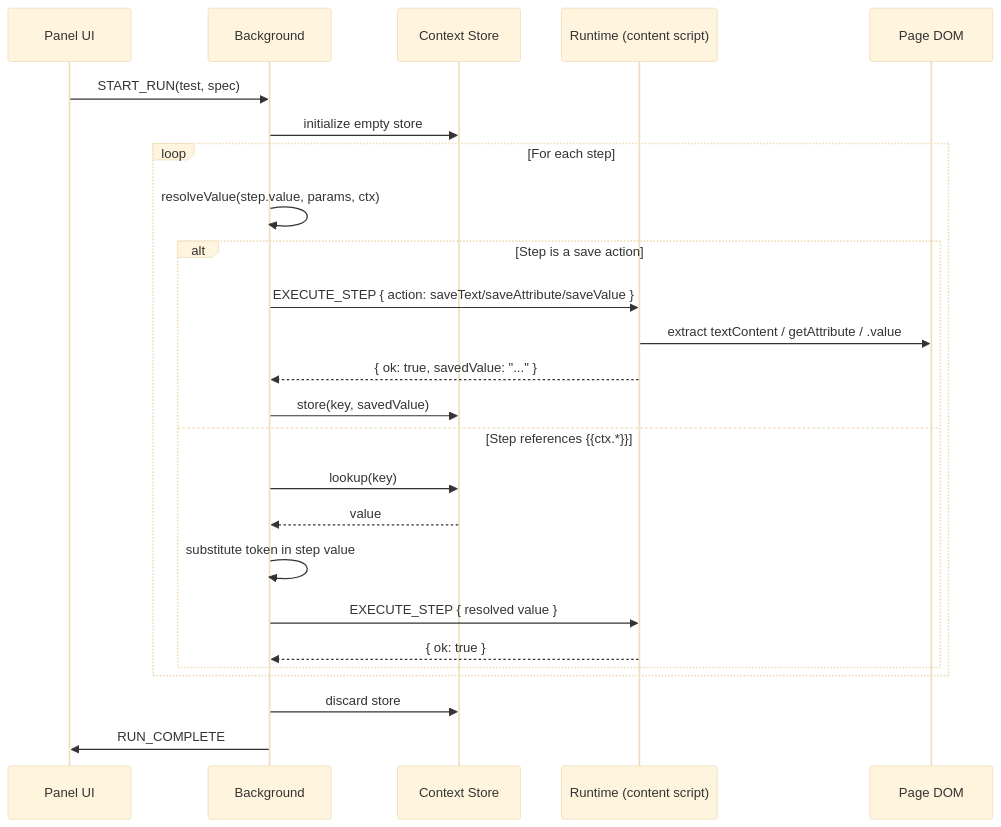
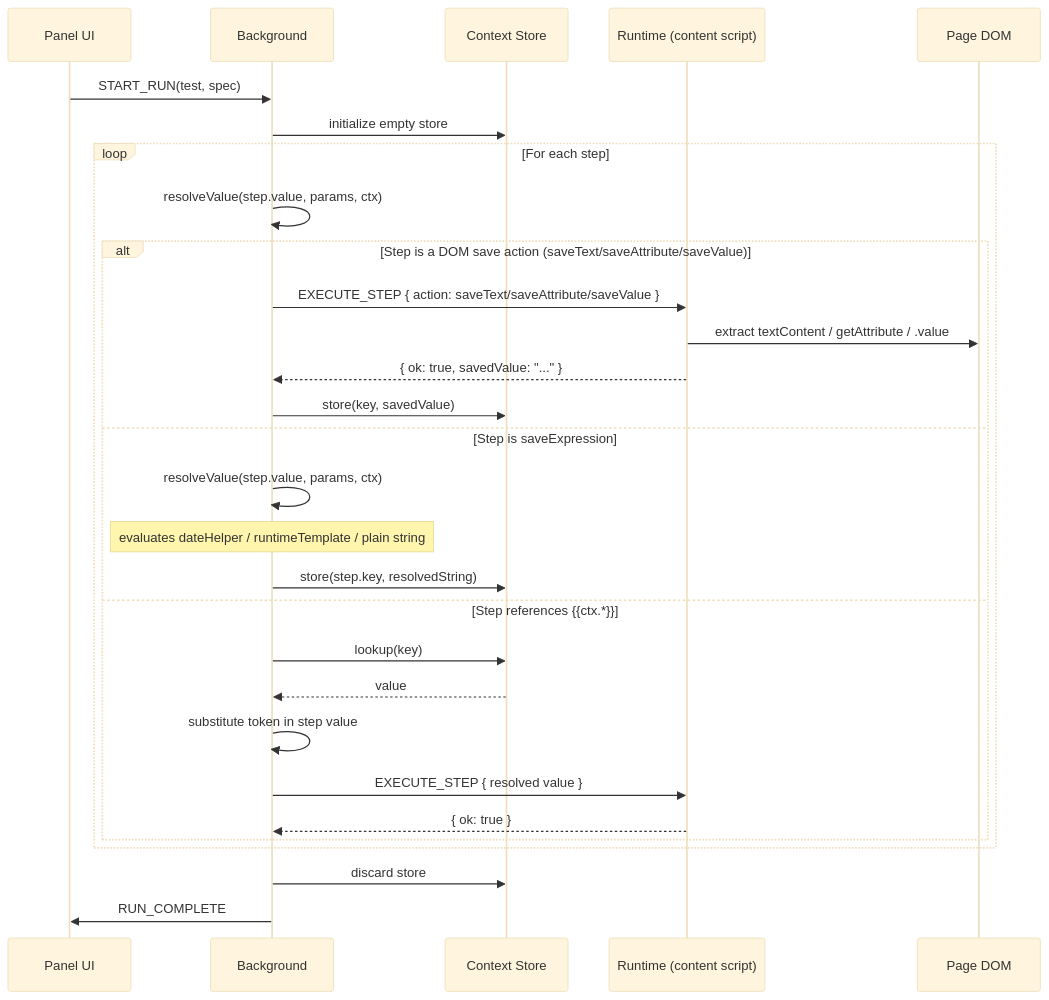
The second of 2 diagrams in .kiro/specs/test-context/design.md (facka/tomation), drawn with Mermaid (base theme) before and after one commit. The commit also changed other lines of this file and 1 other file, not shown here.

````diff
--- a/.kiro/specs/test-context/design.md
+++ b/.kiro/specs/test-context/design.md
@@ -54,30 +59,34 @@
 ```mermaid
 sequenceDiagram
     participant Panel as Panel UI
     participant BG as Background
     participant CTX as Context Store
     participant RT as Runtime (content script)
     participant DOM as Page DOM
 
     Panel->>BG: START_RUN(test, spec)
     BG->>CTX: initialize empty store
 
     loop For each step
         BG->>BG: resolveValue(step.value, params, ctx)
-        alt Step is a save action
+        alt Step is a DOM save action (saveText/saveAttribute/saveValue)
             BG->>RT: EXECUTE_STEP { action: saveText/saveAttribute/saveValue }
             RT->>DOM: extract textContent / getAttribute / .value
             RT-->>BG: { ok: true, savedValue: "..." }
             BG->>CTX: store(key, savedValue)
+        else Step is saveExpression
+            BG->>BG: resolveValue(step.value, params, ctx)
+            Note over BG: evaluates dateHelper / runtimeTemplate / plain string
+            BG->>CTX: store(step.key, resolvedString)
         else Step references {{ctx.*}}
             BG->>CTX: lookup(key)
             CTX-->>BG: value
             BG->>BG: substitute token in step value
             BG->>RT: EXECUTE_STEP { resolved value }
             RT-->>BG: { ok: true }
         end
     end
 
     BG->>CTX: discard store
     BG->>Panel: RUN_COMPLETE
 ```
````
